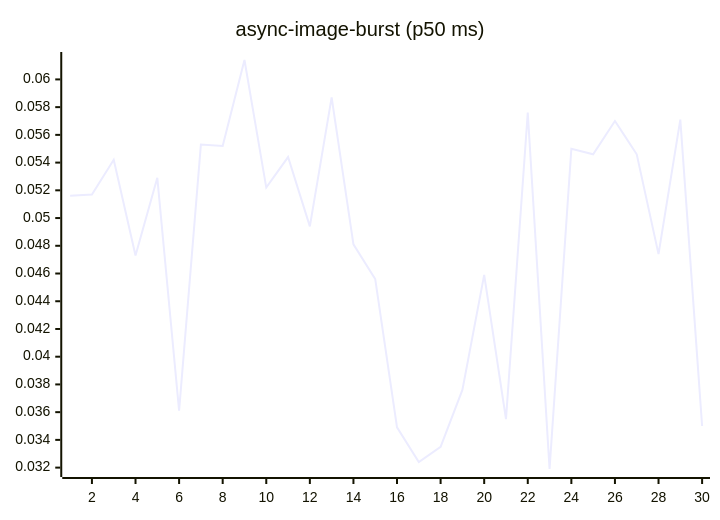
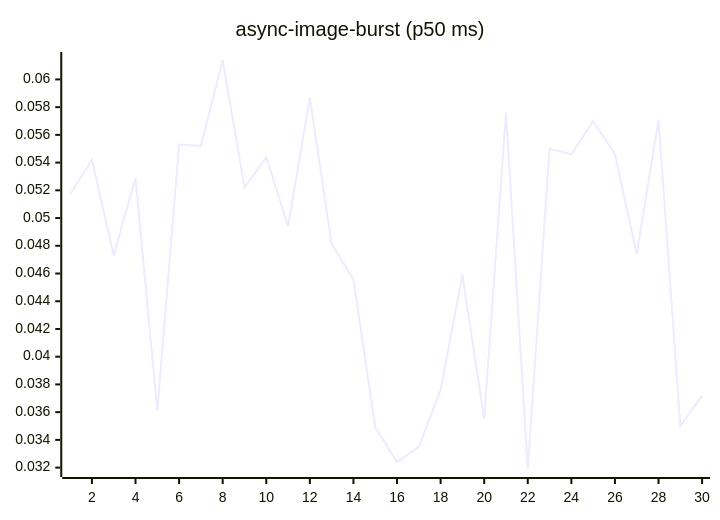
Before and after one commit to josha/Facet: the fourth of 27 diagrams in README.md, drawn with Mermaid. The commit also changed other lines of this file and 2 other files, not shown here.

````diff
--- a/README.md
+++ b/README.md
@@ -84,6 +84,6 @@
 ```mermaid
 xychart-beta
     title "async-image-burst (p50 ms)"
     x-axis 1 --> 30
-    line [0.0516, 0.0517, 0.0542, 0.0473, 0.0529, 0.0361, 0.0553, 0.0552, 0.0614, 0.0522, 0.0544, 0.0494, 0.0587, 0.0481, 0.0456, 0.0349, 0.0324, 0.0335, 0.0376, 0.0459, 0.0355, 0.0576, 0.0319, 0.0550, 0.0546, 0.0570, 0.0546, 0.0474, 0.0571, 0.0350]
+    line [0.0517, 0.0542, 0.0473, 0.0529, 0.0361, 0.0553, 0.0552, 0.0614, 0.0522, 0.0544, 0.0494, 0.0587, 0.0481, 0.0456, 0.0349, 0.0324, 0.0335, 0.0376, 0.0459, 0.0355, 0.0576, 0.0319, 0.0550, 0.0546, 0.0570, 0.0546, 0.0474, 0.0571, 0.0350, 0.0372]
 ```
````
